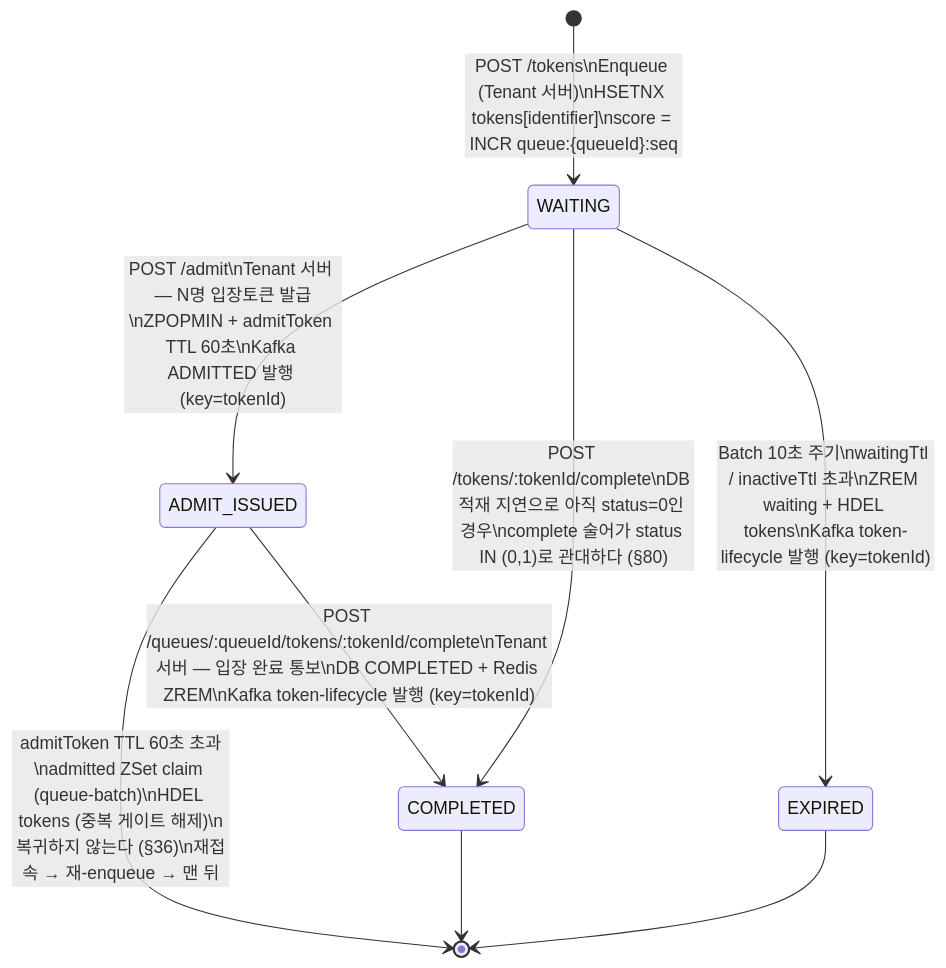
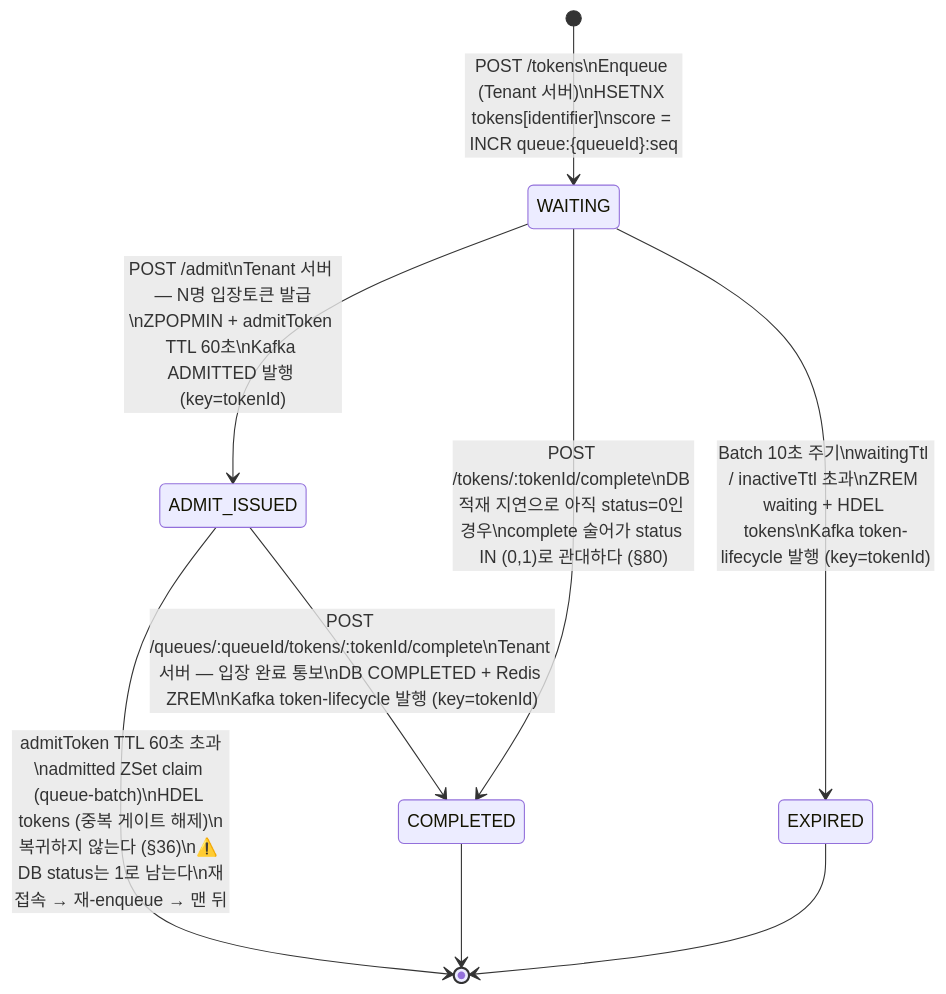
One commit to S-Onix/queue-platform changed the first of 3 diagrams in doc/STATE.md. Above: the diagram before and after it, drawn with Mermaid. The commit also changed other lines of this file, not shown here.

````diff
--- a/doc/STATE.md
+++ b/doc/STATE.md
@@ -9,17 +9,17 @@
 ```mermaid
 stateDiagram-v2
     [*] --> WAITING : POST /tokens\nEnqueue (Tenant 서버)\nHSETNX tokens[identifier]\nscore = INCR queue:{queueId}:seq
 
     WAITING --> ADMIT_ISSUED : POST /admit\nTenant 서버 — N명 입장토큰 발급\nZPOPMIN + admitToken TTL 60초\nKafka ADMITTED 발행 (key=tokenId)
 
     ADMIT_ISSUED --> COMPLETED : POST /queues/:queueId/tokens/:tokenId/complete\nTenant 서버 — 입장 완료 통보\nDB COMPLETED + Redis ZREM\nKafka token-lifecycle 발행 (key=tokenId)
 
     WAITING --> COMPLETED : POST /tokens/:tokenId/complete\nDB 적재 지연으로 아직 status=0인 경우\ncomplete 술어가 status IN (0,1)로 관대하다 (§80)
 
-    ADMIT_ISSUED --> [*] : admitToken TTL 60초 초과\nadmitted ZSet claim (queue-batch)\nHDEL tokens (중복 게이트 해제)\n복귀하지 않는다 (§36)\n재접속 → 재-enqueue → 맨 뒤
+    ADMIT_ISSUED --> [*] : admitToken TTL 60초 초과\nadmitted ZSet claim (queue-batch)\nHDEL tokens (중복 게이트 해제)\n복귀하지 않는다 (§36)\n⚠️ DB status는 1로 남는다\n재접속 → 재-enqueue → 맨 뒤
 
     WAITING --> EXPIRED : Batch 10초 주기\nwaitingTtl / inactiveTtl 초과\nZREM waiting + HDEL tokens\nKafka token-lifecycle 발행 (key=tokenId)
 
     COMPLETED --> [*]
     EXPIRED --> [*]
 ```
````
